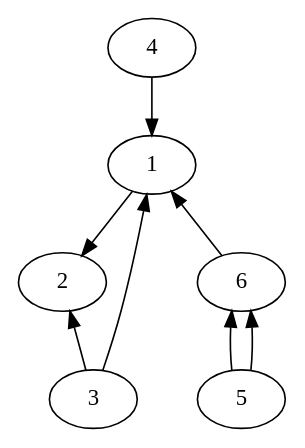
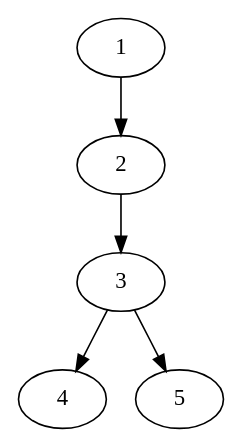
The diagram in data/1.dot (kmandelbaum/yagvis), drawn with Graphviz before and after one commit.

Commit message:
[TEST] simpler graph for testing

```diff
--- a/data/1.dot
+++ b/data/1.dot
@@ -1,9 +1,6 @@
 digraph graph1 {
     1->2
-    2->3[dir=back]
-    3->1
-    4->1
-    6->5[dir=back]
-    5->6
-    1->6[dir=back]
+    2->3
+    3->4
+    3->5
 }
```
